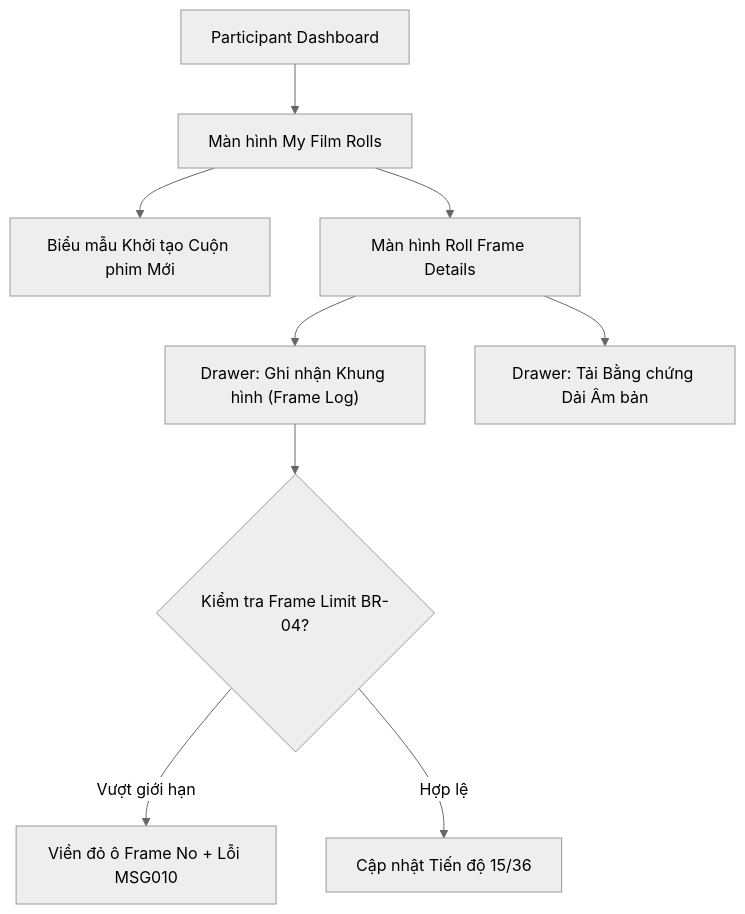
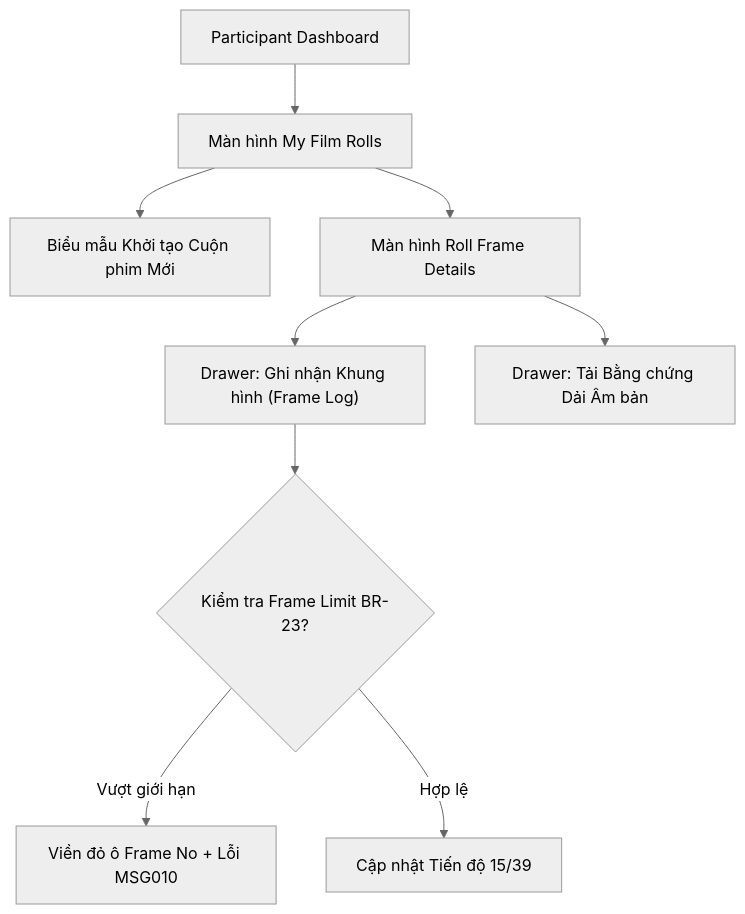
Before and after one commit to hnamhocit/cnpm_110: the third of 3 diagrams in docs/04-film-logbook.md, drawn with Mermaid (neutral theme). The commit also changed other lines of this file and 1 other file, not shown here.

````diff
--- a/docs/04-film-logbook.md
+++ b/docs/04-film-logbook.md
@@ -342,11 +453,11 @@
 ```mermaid
 flowchart TD
     Dashboard["Participant Dashboard"] --> MyRolls["Màn hình My Film Rolls"]
     MyRolls --> CreateRoll["Biểu mẫu Khởi tạo Cuộn phim Mới"]
     MyRolls --> RollDetail["Màn hình Roll Frame Details"]
     RollDetail --> LogFrame["Drawer: Ghi nhận Khung hình (Frame Log)"]
-    LogFrame --> CheckLimit{Kiểm tra Frame Limit BR-04?}
+    LogFrame --> CheckLimit{Kiểm tra Frame Limit BR-23?}
     CheckLimit -- Vượt giới hạn --> ErrMsg10["Viền đỏ ô Frame No + Lỗi MSG010"]
-    CheckLimit -- Hợp lệ --> SaveFrame["Cập nhật Tiến độ 15/36"]
+    CheckLimit -- Hợp lệ --> SaveFrame["Cập nhật Tiến độ 15/39"]
     RollDetail --> UploadProof["Drawer: Tải Bằng chứng Dải Âm bản"]
 ```
````
